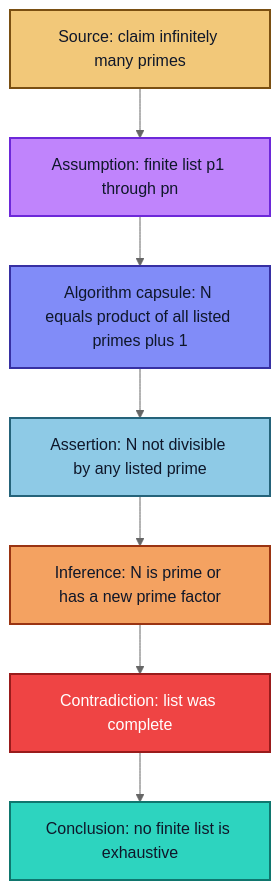
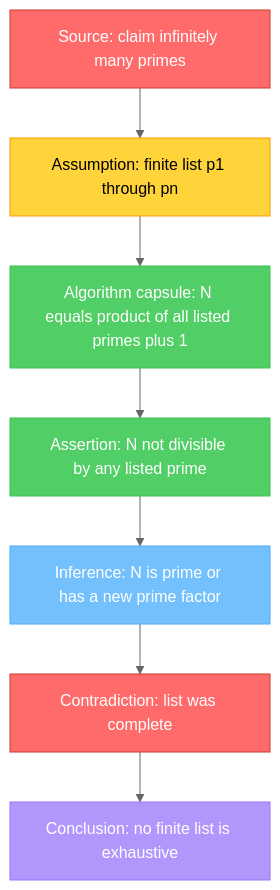
One commit to garywelz/progframe changed the third of 8 diagrams in collaborations/mathematics-database/algorithms-axiomatic-theories-proofs-revised.md. Above: the diagram before and after it, drawn with Mermaid (neutral theme). The commit also changed other lines of this file and 10 other files, not shown here.

````diff
--- a/collaborations/mathematics-database/algorithms-axiomatic-theories-proofs-revised.md
+++ b/collaborations/mathematics-database/algorithms-axiomatic-theories-proofs-revised.md
@@ -271,26 +273,23 @@
 ```mermaid
 flowchart TD
     A["Source: claim infinitely many primes"]
     B["Assumption: finite list p1 through pn"]
     C["Algorithm capsule: N equals product of all listed primes plus 1"]
     D["Assertion: N not divisible by any listed prime"]
     E["Inference: N is prime or has a new prime factor"]
     F["Contradiction: list was complete"]
     G["Conclusion: no finite list is exhaustive"]
     A --> B --> C --> D --> E --> F --> G
-    classDef proofSource fill:#f2c879,stroke:#7a4f12,color:#0f172a,stroke-width:2px
-    classDef proofAssumption fill:#c084fc,stroke:#6d28d9,color:#0f172a,stroke-width:2px
-    classDef proofConstruction fill:#8fbc5a,stroke:#3f6212,color:#0f172a,stroke-width:2px
-    classDef proofAssertion fill:#8ecae6,stroke:#25637a,color:#0f172a,stroke-width:2px
-    classDef proofInference fill:#f4a261,stroke:#9a3412,color:#0f172a,stroke-width:2px
-    classDef proofAlgorithm fill:#818cf8,stroke:#3730a3,color:#0f172a,stroke-width:2px
-    classDef proofContradiction fill:#ef4444,stroke:#991b1b,color:#ffffff,stroke-width:2px
-    classDef proofConclusion fill:#2dd4bf,stroke:#0f766e,color:#0f172a,stroke-width:2px
-    class A proofSource
-    class B proofAssumption
-    class C proofAlgorithm
-    class D proofAssertion
-    class E proofInference
-    class F proofContradiction
-    class G proofConclusion
+    classDef red fill:#ff6b6b,color:#fff,stroke:#c0392b
+    classDef yellow fill:#ffd43b,color:#000,stroke:#f59f00
+    classDef green fill:#51cf66,color:#fff,stroke:#40c057
+    classDef lightblue fill:#74c0fc,color:#fff,stroke:#4dabf7
+    classDef violet fill:#b197fc,color:#fff,stroke:#9775fa
+    class A red
+    class B yellow
+    class C green
+    class D green
+    class E lightblue
+    class F red
+    class G violet
 ```
````
